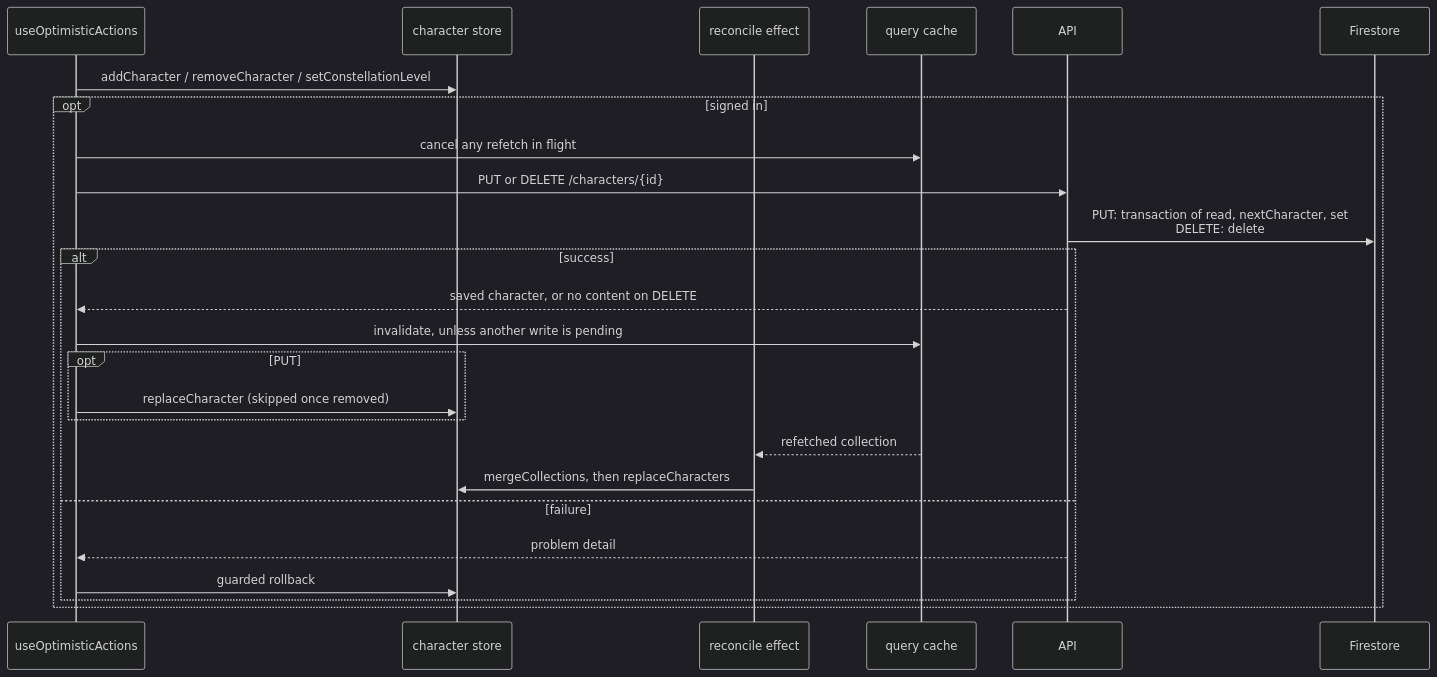
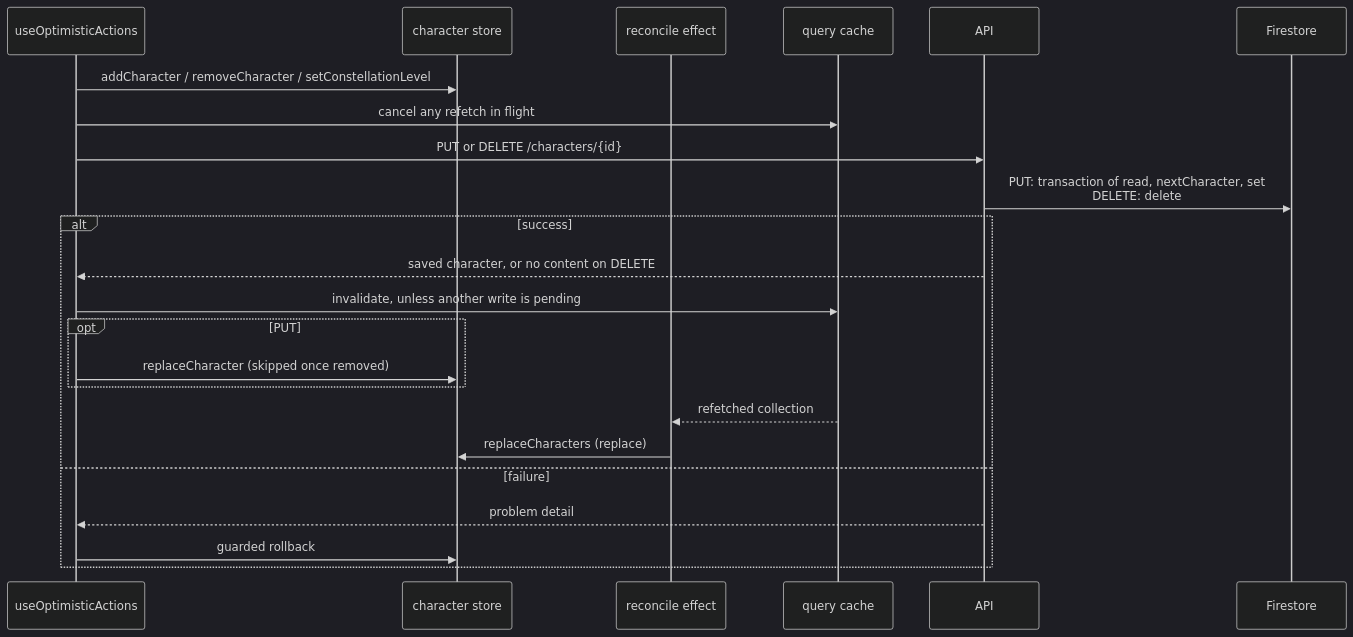
Before and after one commit to dungeon-studio/genshin.dungeon.studio: the first of 4 diagrams in docs/reference/data-flow-write-paths.md, drawn with Mermaid (dark theme). The commit also changed other lines of this file and 32 other files, not shown here.

````diff
--- a/docs/reference/data-flow-write-paths.md
+++ b/docs/reference/data-flow-write-paths.md
@@ -53,28 +54,26 @@
 ```mermaid
 sequenceDiagram
   participant Hook as useOptimisticActions
   participant Store as character store
   participant Reconcile as reconcile effect
   participant Cache as query cache
   participant API as API
   participant FS as Firestore
 
   Hook->>Store: addCharacter / removeCharacter / setConstellationLevel
-  opt signed in
-    Hook->>Cache: cancel any refetch in flight
-    Hook->>API: PUT or DELETE /characters/{id}
-    API->>FS: PUT: transaction of read, nextCharacter, set<br>DELETE: delete
-    alt success
-      API-->>Hook: saved character, or no content on DELETE
-      Hook->>Cache: invalidate, unless another write is pending
-      opt PUT
-        Hook->>Store: replaceCharacter (skipped once removed)
-      end
-      Cache-->>Reconcile: refetched collection
-      Reconcile->>Store: mergeCollections, then replaceCharacters
-    else failure
-      API-->>Hook: problem detail
-      Hook->>Store: guarded rollback
+  Hook->>Cache: cancel any refetch in flight
+  Hook->>API: PUT or DELETE /characters/{id}
+  API->>FS: PUT: transaction of read, nextCharacter, set<br>DELETE: delete
+  alt success
+    API-->>Hook: saved character, or no content on DELETE
+    Hook->>Cache: invalidate, unless another write is pending
+    opt PUT
+      Hook->>Store: replaceCharacter (skipped once removed)
     end
+    Cache-->>Reconcile: refetched collection
+    Reconcile->>Store: replaceCharacters (replace)
+  else failure
+    API-->>Hook: problem detail
+    Hook->>Store: guarded rollback
   end
 ```
````
